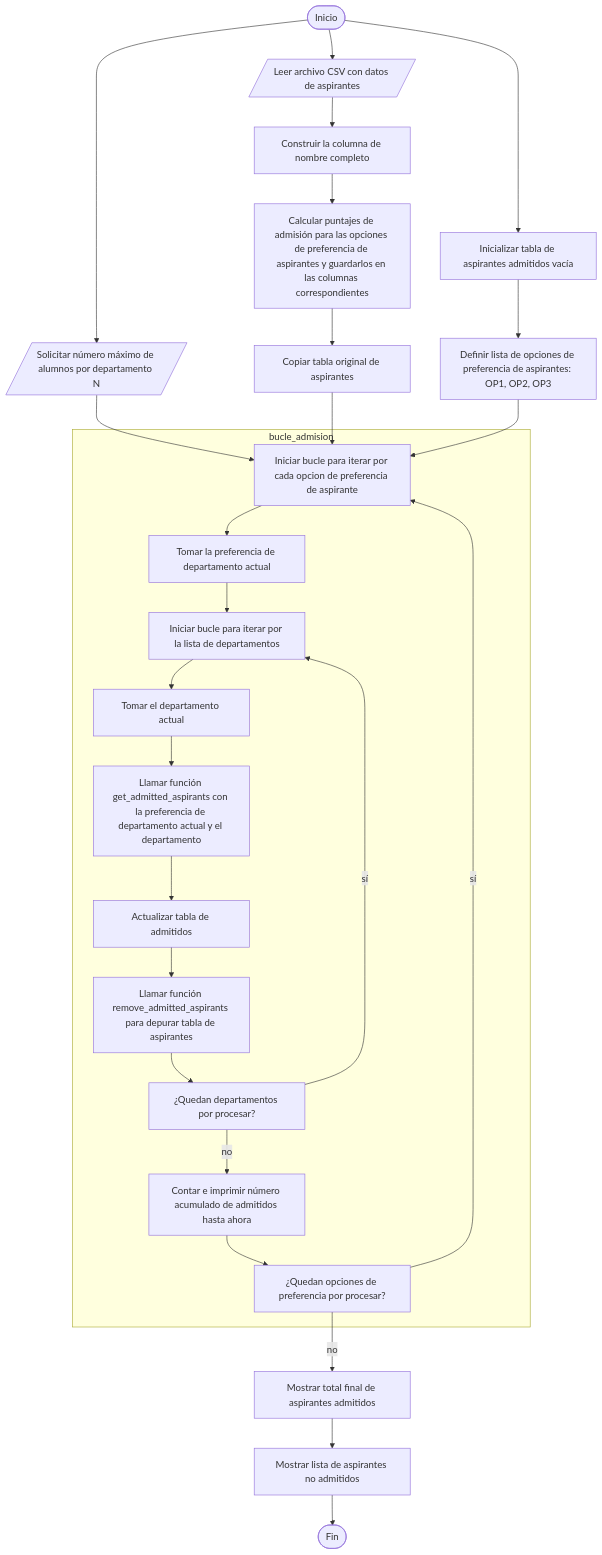
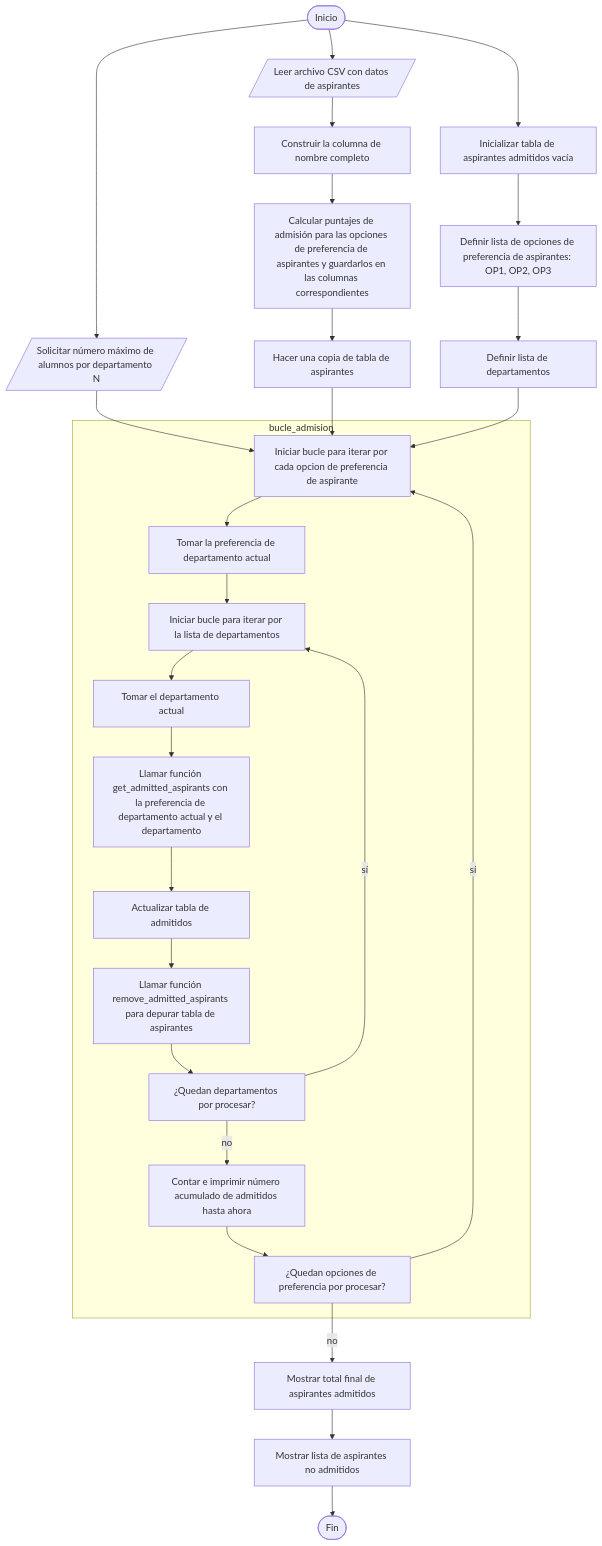
One commit to vshalisko/PythonIntro changed the diagram in Unidad_3/Proyecto_3_algoritmo.mermaid. Above: the diagram before and after it, drawn with Mermaid.

```diff
--- a/Unidad_3/Proyecto_3_algoritmo.mermaid
+++ b/Unidad_3/Proyecto_3_algoritmo.mermaid
@@ -1,28 +1,29 @@
 flowchart TD
 
 A([Inicio]) --> B[/Leer archivo CSV con datos de aspirantes/]
 A --> C[/Solicitar número máximo de alumnos por departamento N/]
 A --> D[Inicializar tabla de aspirantes admitidos vacía]
 B --> B1[Construir la columna de nombre completo]
 B1 --> B2[Calcular puntajes de admisión para las opciones de preferencia de aspirantes y guardarlos en las columnas correspondientes]
-B2 --> E[Copiar tabla original de aspirantes]
-D --> F[Definir lista de opciones de preferencia de aspirantes: OP1, OP2, OP3]
+B2 --> E[Hacer una copia de tabla de aspirantes]
+D --> F1[Definir lista de opciones de preferencia de aspirantes: OP1, OP2, OP3]
+F1 --> F[Definir lista de departamentos]
 C --> G
 E --> G
 F --> G
 subgraph bucle_admision
 G[Iniciar bucle para iterar por cada opcion de preferencia de aspirante] --> H[Tomar la preferencia de departamento actual]
 H --> I[Iniciar bucle para iterar por la lista de departamentos]
 I --> J[Tomar el departamento actual]
 J --> K[Llamar función get_admitted_aspirants con la preferencia de departamento actual y el departamento]
 K --> L[Actualizar tabla de admitidos]
 L --> M[Llamar función remove_admitted_aspirants para depurar tabla de aspirantes]
 M --> N[¿Quedan departamentos por procesar?]
 N -- sí --> I
 N -- no --> O[Contar e imprimir número acumulado de admitidos hasta ahora]
 O --> P[¿Quedan opciones de preferencia por procesar?]
 P -- sí --> G
 end
 P -- no --> Q[Mostrar total final de aspirantes admitidos]
 Q --> R[Mostrar lista de aspirantes no admitidos]
 R --> S([Fin])
```
